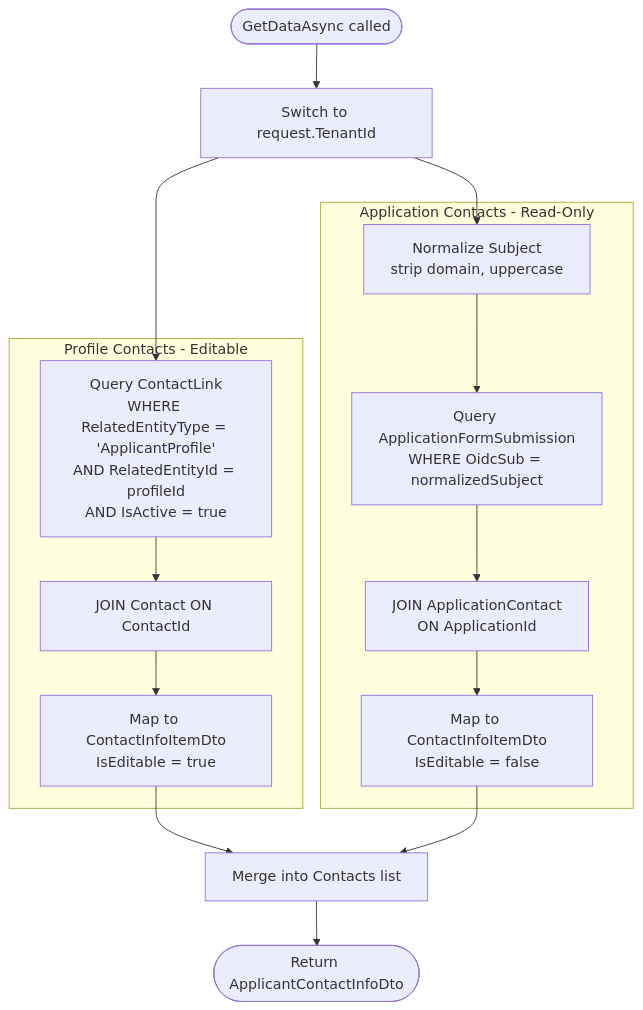
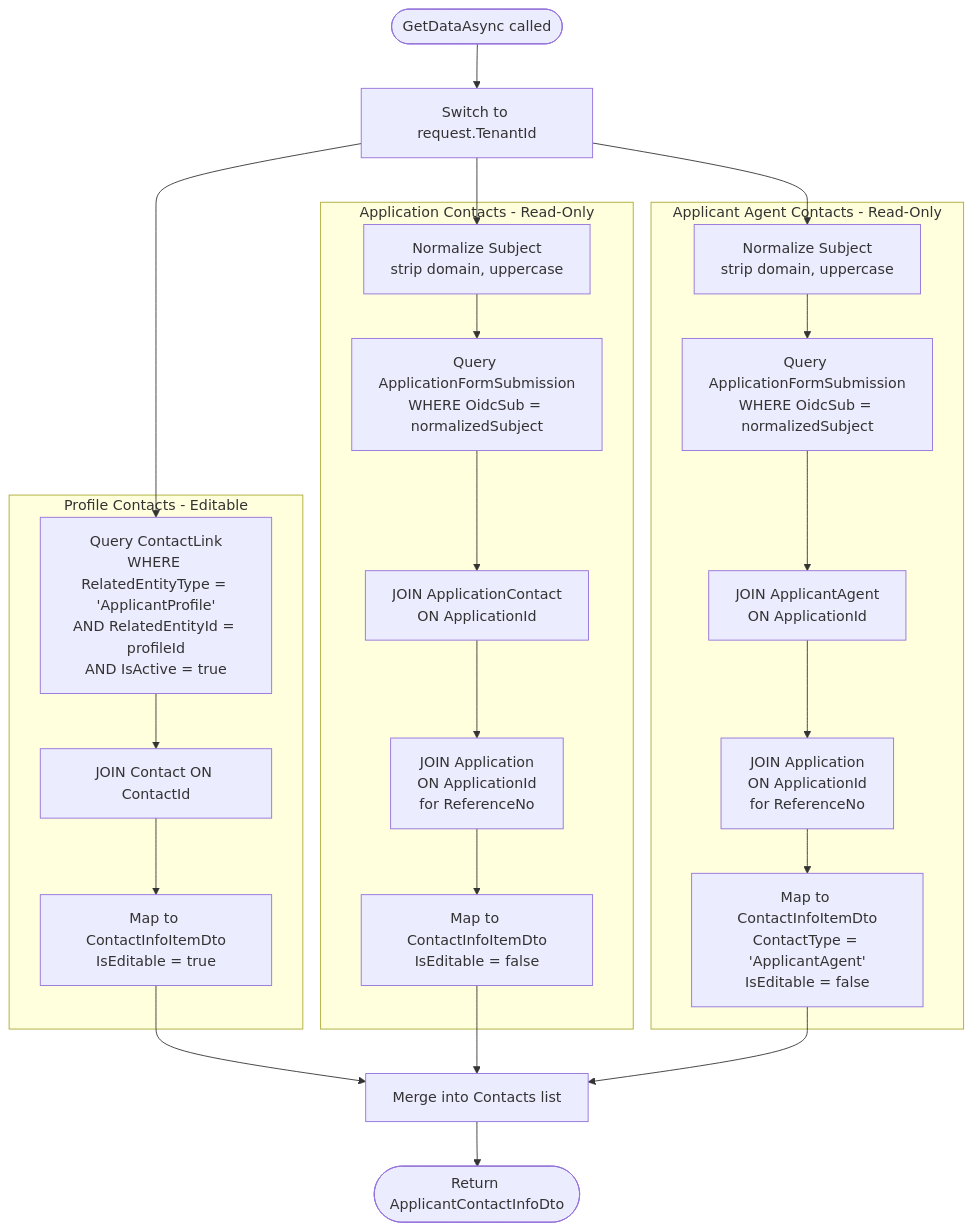
The third of 8 diagrams in documentation/applicant-portal/applicant-profile-data-providers.md (bcgov/Unity), drawn with Mermaid before and after one commit. The commit also changed other lines of this file and 5 other files, not shown here.

Commit message:
AB#30429 add agent contacts

````diff
--- a/documentation/applicant-portal/applicant-profile-data-providers.md
+++ b/documentation/applicant-portal/applicant-profile-data-providers.md
@@ -119,27 +120,39 @@
 ```mermaid
 flowchart TD
     Start([GetDataAsync called])
     Tenant["Switch to request.TenantId"]
 
     subgraph ProfileContacts["Profile Contacts - Editable"]
         PC1["Query ContactLink<br/>WHERE RelatedEntityType = 'ApplicantProfile'<br/>AND RelatedEntityId = profileId<br/>AND IsActive = true"]
         PC2["JOIN Contact ON ContactId"]
         PC3["Map to ContactInfoItemDto<br/>IsEditable = true"]
         PC1 --> PC2 --> PC3
     end
 
     subgraph AppContacts["Application Contacts - Read-Only"]
         AC1["Normalize Subject<br/>strip domain, uppercase"]
         AC2["Query ApplicationFormSubmission<br/>WHERE OidcSub = normalizedSubject"]
         AC3["JOIN ApplicationContact<br/>ON ApplicationId"]
+        AC3b["JOIN Application<br/>ON ApplicationId<br/>for ReferenceNo"]
         AC4["Map to ContactInfoItemDto<br/>IsEditable = false"]
-        AC1 --> AC2 --> AC3 --> AC4
+        AC1 --> AC2 --> AC3 --> AC3b --> AC4
+    end
+
+    subgraph AgentContacts["Applicant Agent Contacts - Read-Only"]
+        AG1["Normalize Subject<br/>strip domain, uppercase"]
+        AG2["Query ApplicationFormSubmission<br/>WHERE OidcSub = normalizedSubject"]
+        AG3["JOIN ApplicantAgent<br/>ON ApplicationId"]
+        AG3b["JOIN Application<br/>ON ApplicationId<br/>for ReferenceNo"]
+        AG4["Map to ContactInfoItemDto<br/>ContactType = 'ApplicantAgent'<br/>IsEditable = false"]
+        AG1 --> AG2 --> AG3 --> AG3b --> AG4
     end
 
     Start --> Tenant
     Tenant --> PC1
     Tenant --> AC1
+    Tenant --> AG1
     PC3 --> Merge["Merge into Contacts list"]
     AC4 --> Merge
+    AG4 --> Merge
     Merge --> Return([Return ApplicantContactInfoDto])
 ```
````
